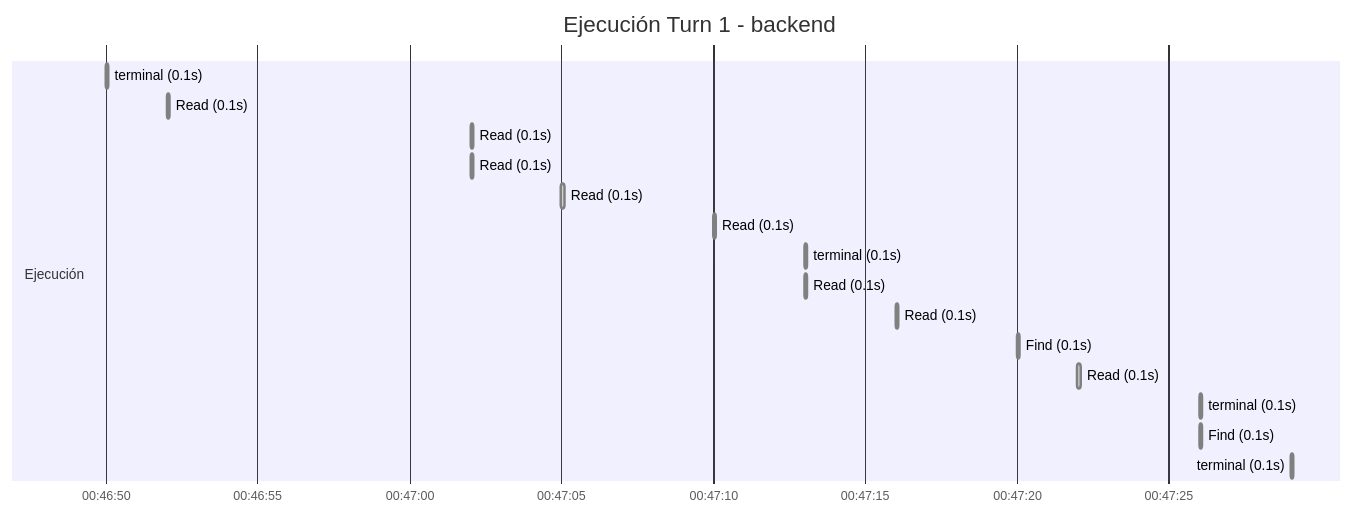
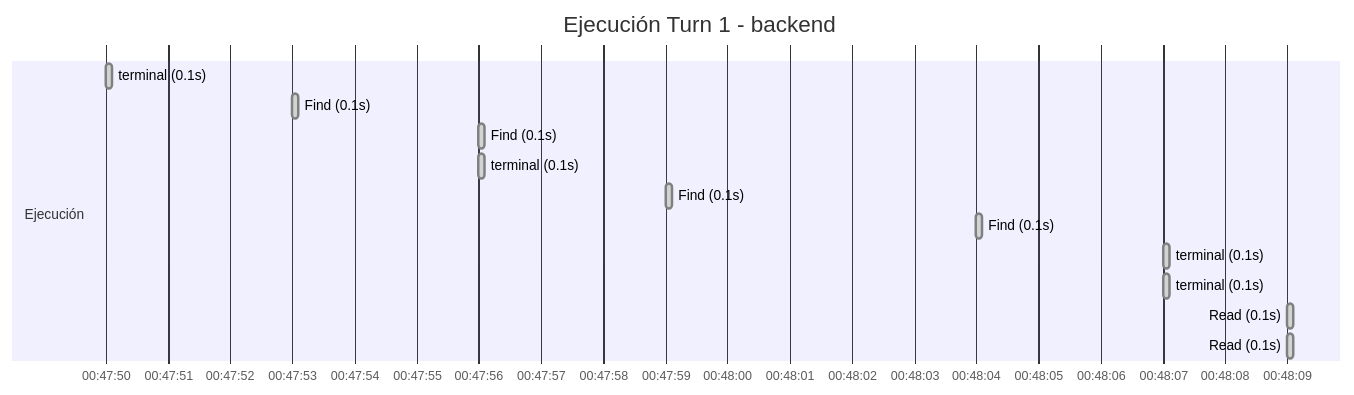
The diagram in .ponytail/traces/2026-07-09_auto_recovered_f5686773cd0a/backend_f5686773cd0a.md (luisdalmasso/orquestador-contamela), drawn with Mermaid before and after one commit. The commit also changed other lines of this file, not shown here.

````diff
--- a/.ponytail/traces/2026-07-09_auto_recovered_f5686773cd0a/backend_f5686773cd0a.md
+++ b/.ponytail/traces/2026-07-09_auto_recovered_f5686773cd0a/backend_f5686773cd0a.md
@@ -160,22 +139,18 @@
 ```mermaid
 gantt
     title Ejecución Turn 1 - backend
     dateFormat  HH:mm:ss
     axisFormat  %H:%M:%S
 
     section Ejecución
-    terminal (0.1s)  :done, 00:46:50, 0.1s
-    Read (0.1s)  :done, 00:46:52, 0.1s
-    Read (0.1s)  :done, 00:47:02, 0.1s
-    Read (0.1s)  :done, 00:47:02, 0.1s
-    Read (0.1s)  :done, 00:47:05, 0.1s
-    Read (0.1s)  :done, 00:47:10, 0.1s
-    terminal (0.1s)  :done, 00:47:13, 0.1s
-    Read (0.1s)  :done, 00:47:13, 0.1s
-    Read (0.1s)  :done, 00:47:16, 0.1s
-    Find (0.1s)  :done, 00:47:20, 0.1s
-    Read (0.1s)  :done, 00:47:22, 0.1s
-    terminal (0.1s)  :done, 00:47:26, 0.1s
-    Find (0.1s)  :done, 00:47:26, 0.1s
-    terminal (0.1s)  :done, 00:47:29, 0.1s
+    terminal (0.1s)  :done, 00:47:50, 0.1s
+    Find (0.1s)  :done, 00:47:53, 0.1s
+    Find (0.1s)  :done, 00:47:56, 0.1s
+    terminal (0.1s)  :done, 00:47:56, 0.1s
+    Find (0.1s)  :done, 00:47:59, 0.1s
+    Find (0.1s)  :done, 00:48:04, 0.1s
+    terminal (0.1s)  :done, 00:48:07, 0.1s
+    terminal (0.1s)  :done, 00:48:07, 0.1s
+    Read (0.1s)  :done, 00:48:09, 0.1s
+    Read (0.1s)  :done, 00:48:09, 0.1s
 ```
````
